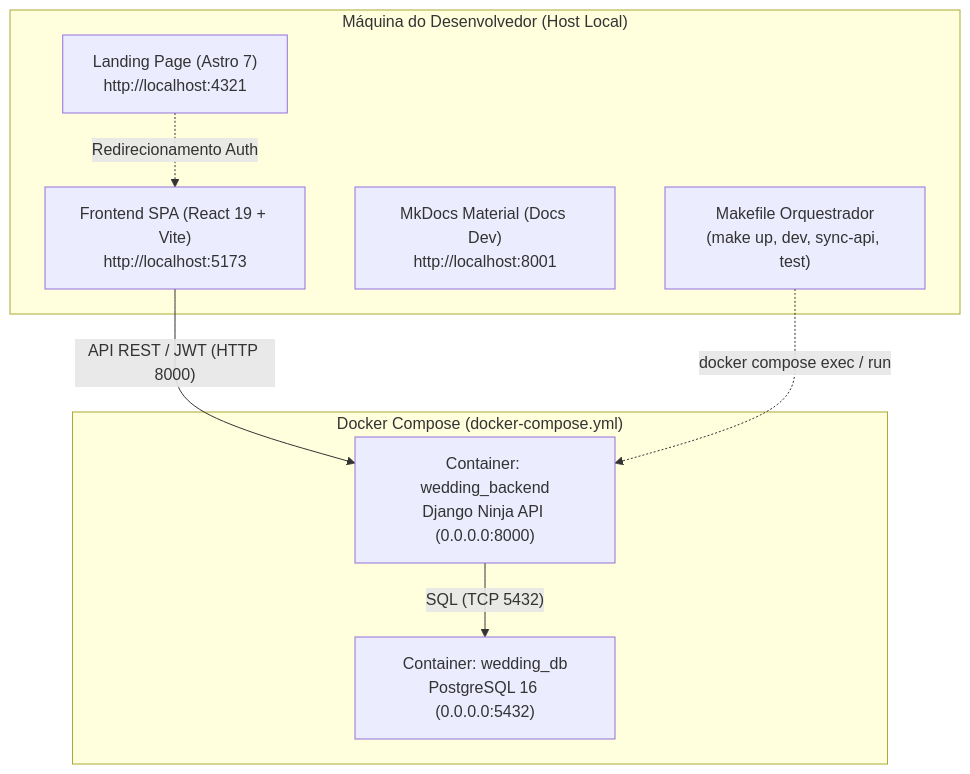
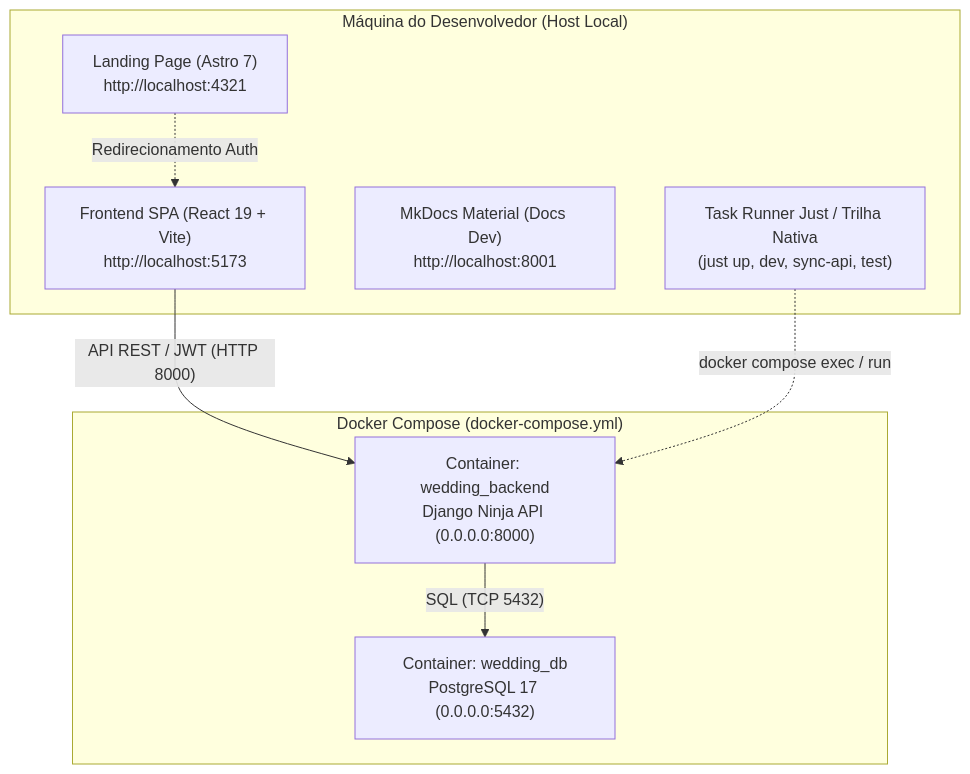
One commit to Rafaelp122/wedding_management changed the diagram in docs/guides/dev-environment/index.md. Above: the diagram before and after it, drawn with Mermaid. The commit also changed other lines of this file and 34 other files, not shown here.

First line of the commit message:
feat(tooling): modernize task runner with just, poethepoet and dual-track workflow

````diff
--- a/docs/guides/dev-environment/index.md
+++ b/docs/guides/dev-environment/index.md
@@ -15,19 +15,19 @@
 ```mermaid
 graph TD
     subgraph Host ["Máquina do Desenvolvedor (Host Local)"]
         SPA["Frontend SPA (React 19 + Vite)<br/>http://localhost:5173"]
         Landing["Landing Page (Astro 7)<br/>http://localhost:4321"]
         Docs["MkDocs Material (Docs Dev)<br/>http://localhost:8001"]
-        Makefile["Makefile Orquestrador<br/>(make up, dev, sync-api, test)"]
+        TaskRunner["Task Runner Just / Trilha Nativa<br/>(just up, dev, sync-api, test)"]
     end
 
     subgraph DockerCompose ["Docker Compose (docker-compose.yml)"]
         BackendContainer["Container: wedding_backend<br/>Django Ninja API (0.0.0.0:8000)"]
-        DBContainer["Container: wedding_db<br/>PostgreSQL 16 (0.0.0.0:5432)"]
+        DBContainer["Container: wedding_db<br/>PostgreSQL 17 (0.0.0.0:5432)"]
     end
 
     SPA -- "API REST / JWT (HTTP 8000)" --> BackendContainer
     Landing -. "Redirecionamento Auth" .-> SPA
     BackendContainer -- "SQL (TCP 5432)" --> DBContainer
-    Makefile -. "docker compose exec / run" .-> BackendContainer
+    TaskRunner -. "docker compose exec / run" .-> BackendContainer
 ```
````
